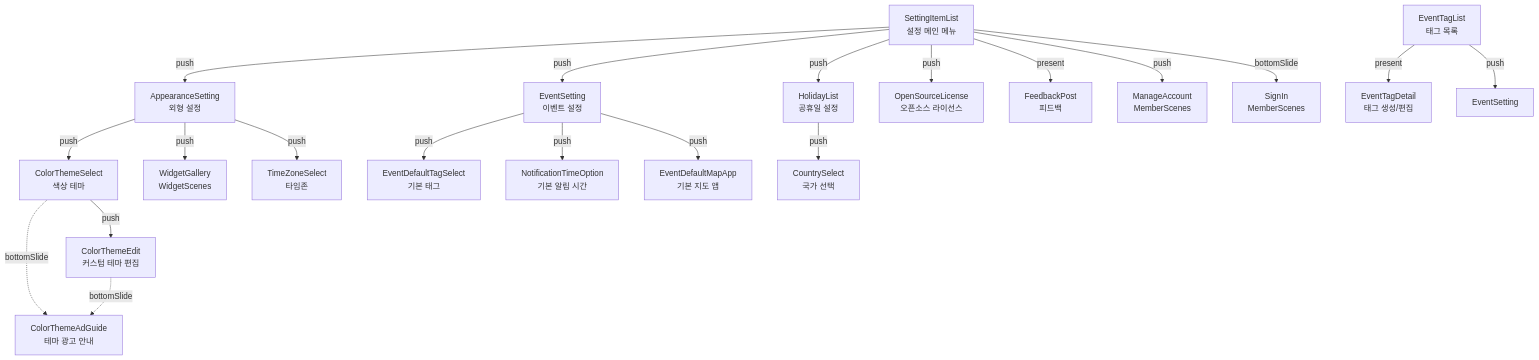
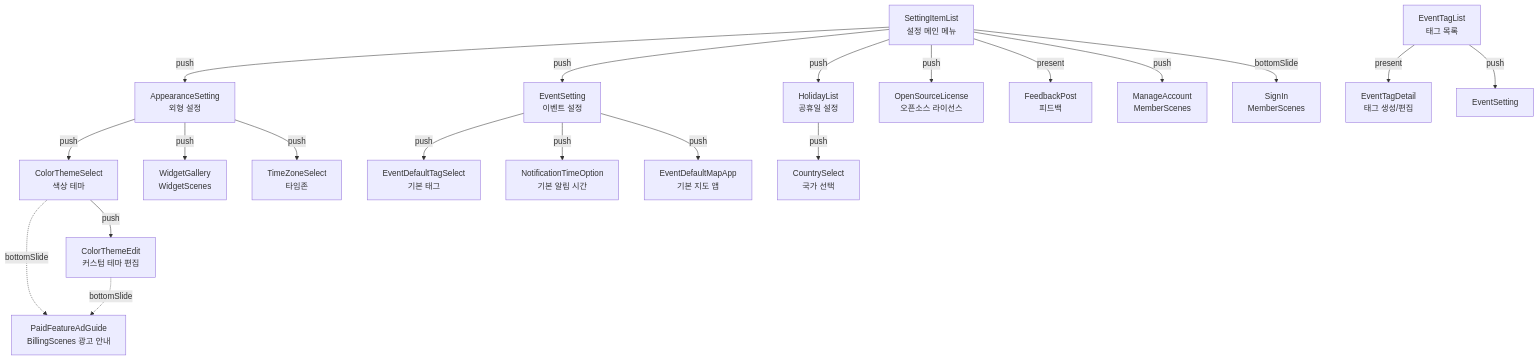
Before and after one commit to sudopark/TodoCalendar: the first of 5 diagrams in Presentations/SettingScene/CLAUDE.md, drawn with Mermaid. The commit also changed other lines of this file and 51 other files, not shown here.

First line of the commit message:
[#1260] 유료 기능 게이트가 막히면 기능과 사용권 일수를 담은 사유를 던지고, BillingScenes 의 광고 안내 시트가 광고 결과까지 맡는다

````diff
--- a/Presentations/SettingScene/CLAUDE.md
+++ b/Presentations/SettingScene/CLAUDE.md
@@ -13,26 +13,26 @@
 ```mermaid
 graph TD
     SIL[SettingItemList<br/>설정 메인 메뉴] -->|push| AS[AppearanceSetting<br/>외형 설정]
     SIL -->|push| ES[EventSetting<br/>이벤트 설정]
     SIL -->|push| HL[HolidayList<br/>공휴일 설정]
     SIL -->|push| OSL[OpenSourceLicense<br/>오픈소스 라이선스]
     SIL -->|present| FP[FeedbackPost<br/>피드백]
     SIL -->|push| MA[ManageAccount<br/>MemberScenes]
     SIL -->|bottomSlide| SI[SignIn<br/>MemberScenes]
 
     AS -->|push| CT[ColorThemeSelect<br/>색상 테마]
     CT -->|push| CTE[ColorThemeEdit<br/>커스텀 테마 편집]
-    CT -.->|bottomSlide| CTAG[ColorThemeAdGuide<br/>테마 광고 안내]
+    CT -.->|bottomSlide| CTAG[PaidFeatureAdGuide<br/>BillingScenes 광고 안내]
     CTE -.->|bottomSlide| CTAG
     AS -->|push| WG[WidgetGallery<br/>WidgetScenes]
     AS -->|push| TZ[TimeZoneSelect<br/>타임존]
 
     ES -->|push| ETS[EventDefaultTagSelect<br/>기본 태그]
     ES -->|push| ENT[NotificationTimeOption<br/>기본 알림 시간]
     ES -->|push| EMA[EventDefaultMapApp<br/>기본 지도 앱]
 
     HL -->|push| CS[CountrySelect<br/>국가 선택]
 
     ETL[EventTagList<br/>태그 목록] -->|present| ETD[EventTagDetail<br/>태그 생성/편집]
     ETL -->|push| ES2[EventSetting]
 ```
````
